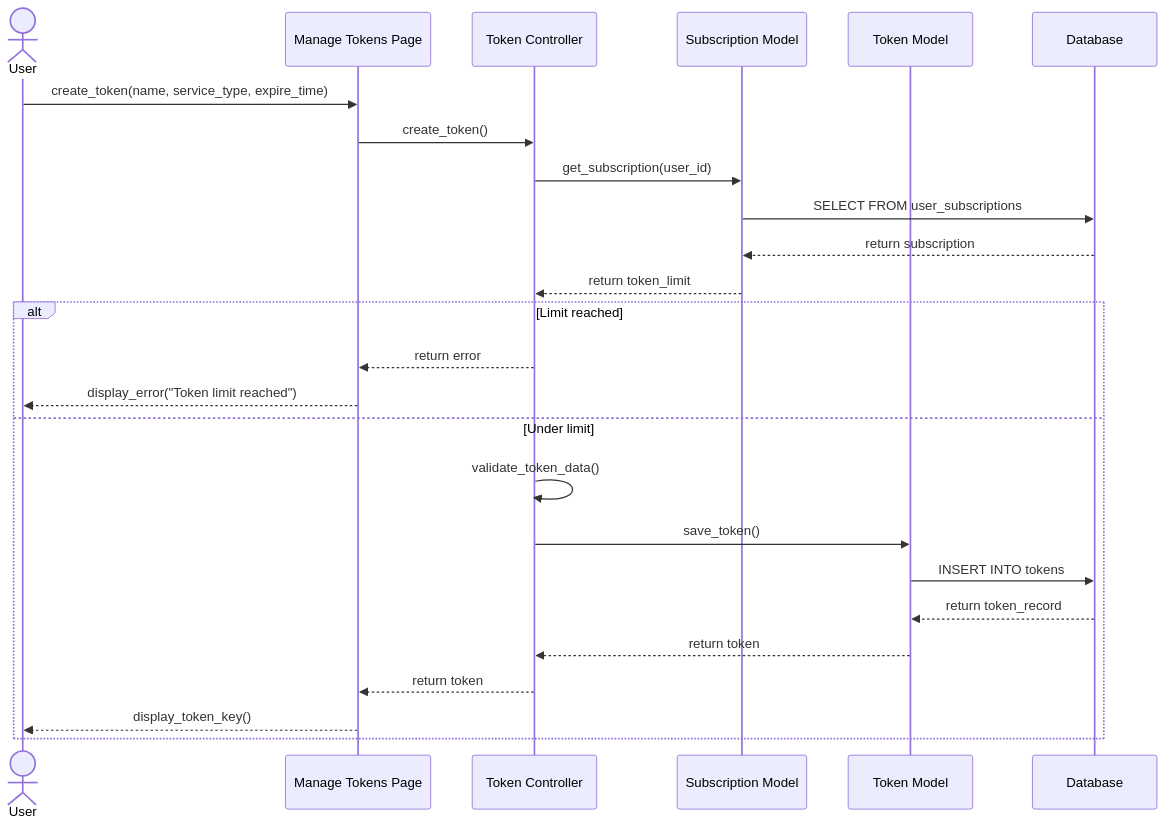
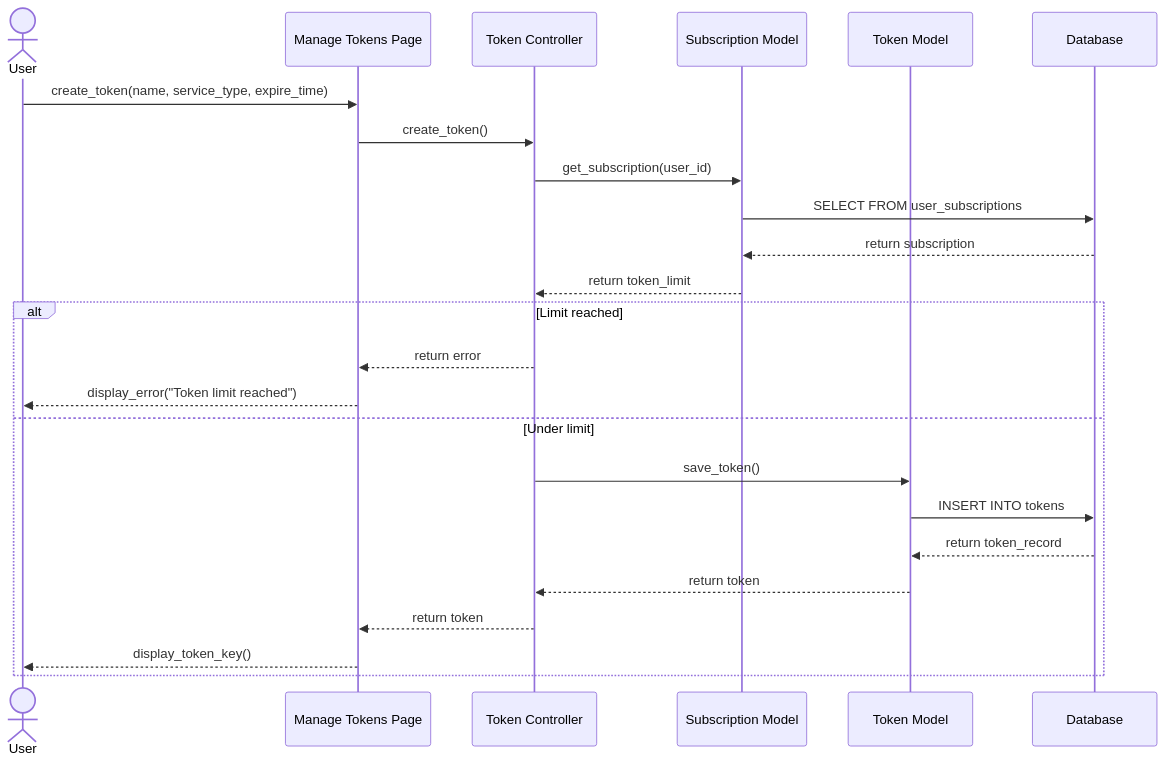
One commit to Tanaphat-Ken/ALPR-V2 changed the fifth of 20 diagrams in SYSTEM_DIAGRAMS.md. Above: the diagram before and after it, drawn with Mermaid. The commit also changed other lines of this file, not shown here.

First line of the commit message:
docs: trim sequence diagrams and split combined flows into separate diagrams

````diff
--- a/SYSTEM_DIAGRAMS.md
+++ b/SYSTEM_DIAGRAMS.md
@@ -229,28 +246,27 @@
 ```mermaid
 sequenceDiagram
     actor User
     participant TokenPage as Manage Tokens Page
     participant TokenController as Token Controller
     participant SubModel as Subscription Model
     participant TokenModel as Token Model
     participant DB as Database
 
     User->>TokenPage: create_token(name, service_type, expire_time)
     TokenPage->>TokenController: create_token()
     TokenController->>SubModel: get_subscription(user_id)
     SubModel->>DB: SELECT FROM user_subscriptions
     DB-->>SubModel: return subscription
     SubModel-->>TokenController: return token_limit
     alt Limit reached
         TokenController-->>TokenPage: return error
         TokenPage-->>User: display_error("Token limit reached")
     else Under limit
-        TokenController->>TokenController: validate_token_data()
         TokenController->>TokenModel: save_token()
         TokenModel->>DB: INSERT INTO tokens
         DB-->>TokenModel: return token_record
         TokenModel-->>TokenController: return token
         TokenController-->>TokenPage: return token
         TokenPage-->>User: display_token_key()
     end
 ```
````
